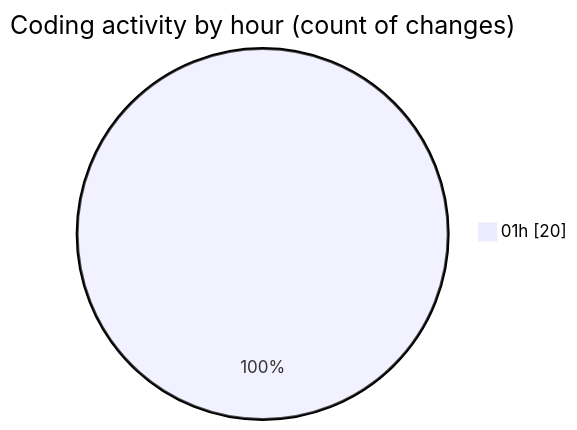
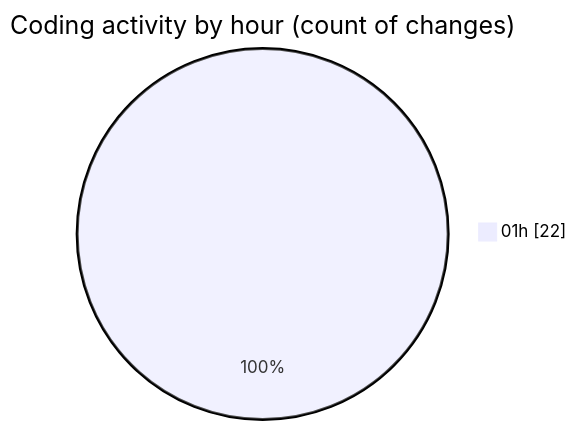
The second of 2 diagrams in 2025-09-17/quytuthien_vn/README.md (lephambinh05/code-tracking), drawn with Mermaid before and after one commit. The commit also changed other lines of this file and 1 other file, not shown here.

````diff
--- a/2025-09-17/quytuthien_vn/README.md
+++ b/2025-09-17/quytuthien_vn/README.md
@@ -41,5 +41,5 @@
 ```mermaid
 pie showData
 title Coding activity by hour (count of changes)
-"01h" : 20
+"01h" : 22
 ```
````
